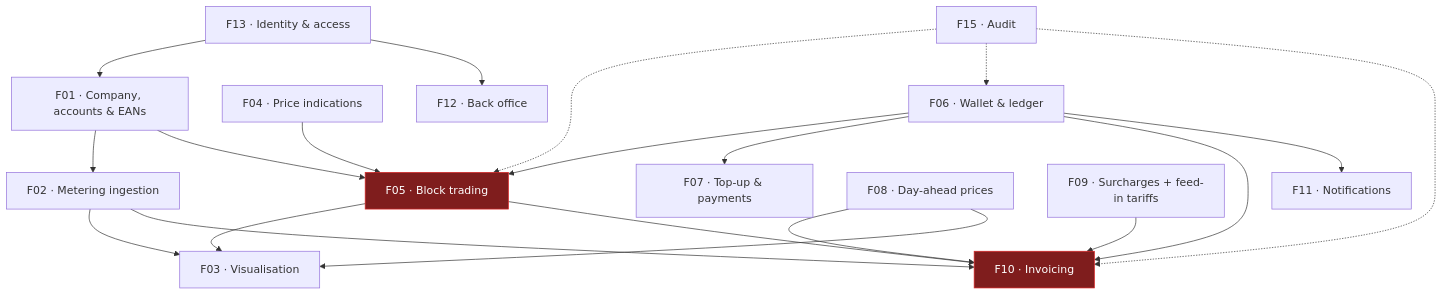
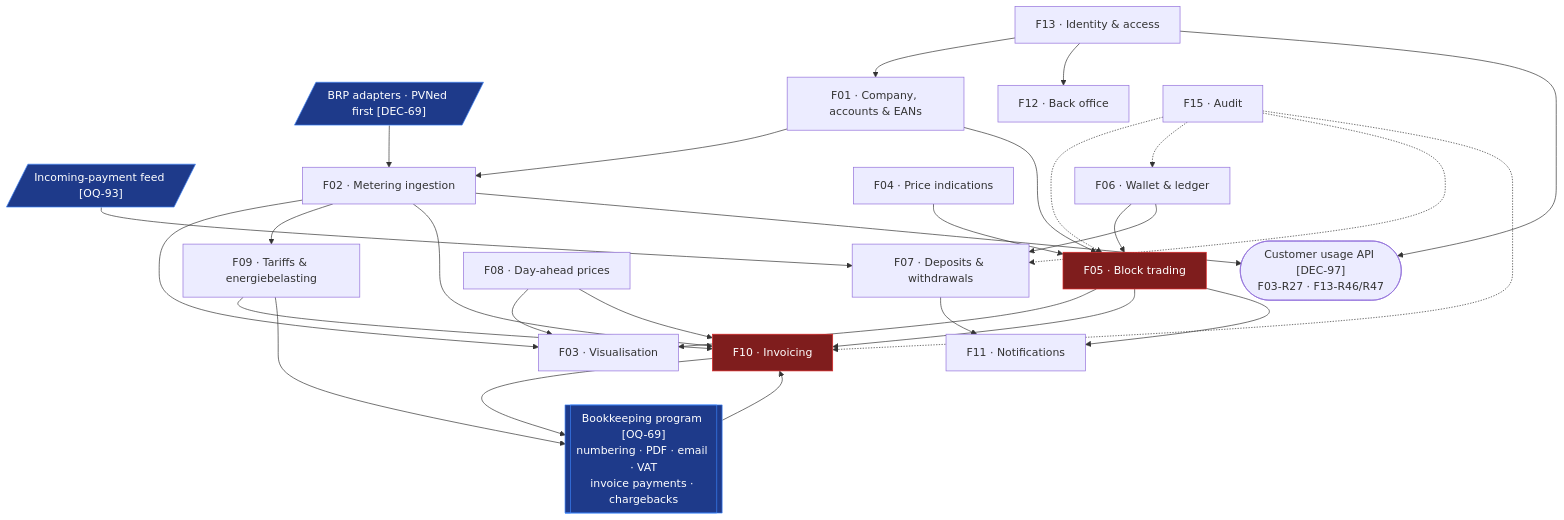
The diagram in specs/10-features/README.md (lukastosic-ifd/peakpowerspecs), drawn with Mermaid before and after one commit. The commit also changed other lines of this file and 66 other files, not shown here.

````diff
--- a/specs/10-features/README.md
+++ b/specs/10-features/README.md
@@ -50,40 +90,55 @@
 ```mermaid
 flowchart TB
+    BRP[/"BRP adapters · PVNed first [DEC-69]"/]
+    PAY[/"Incoming-payment feed [OQ-93]"/]
     F13["F13 · Identity & access"]
     F01["F01 · Company, accounts & EANs"]
     F02["F02 · Metering ingestion"]
     F03["F03 · Visualisation"]
+    API(["Customer usage API [DEC-97]<br/>F03-R27 · F13-R46/R47"])
     F04["F04 · Price indications"]
     F05["F05 · Block trading"]
     F06["F06 · Wallet & ledger"]
-    F07["F07 · Top-up & payments"]
+    F07["F07 · Deposits & withdrawals"]
     F08["F08 · Day-ahead prices"]
-    F09["F09 · Surcharges + feed-in tariffs"]
+    F09["F09 · Tariffs & energiebelasting"]
     F10["F10 · Invoicing"]
     F11["F11 · Notifications"]
     F12["F12 · Back office"]
     F15["F15 · Audit"]
+    BK[["Bookkeeping program [OQ-69]<br/>numbering · PDF · email · VAT<br/>invoice payments · chargebacks"]]
 
     F13 --> F01
     F13 --> F12
+    F13 --> API
     F01 --> F02
     F01 --> F05
+    BRP --> F02
     F02 --> F03
+    F02 --> F09
     F02 --> F10
+    F02 --> API
     F04 --> F05
     F06 --> F05
     F06 --> F07
-    F06 --> F10
-    F06 --> F11
+    PAY --> F07
+    F07 --> F11
     F05 --> F03
     F05 --> F10
+    F05 --> F11
+    F08 --> F03
     F08 --> F10
-    F08 --> F03
     F09 --> F10
+    F09 --> BK
+    F10 --> BK
+    BK --> F10
     F15 -.-> F05
     F15 -.-> F06
+    F15 -.-> F07
     F15 -.-> F10
 
     classDef crit fill:#7f1d1d,stroke:#dc2626,color:#fff
+    classDef ext fill:#1e3a8a,stroke:#3b82f6,color:#fff
     class F05,F10 crit
+    class BK,BRP,PAY ext
 ```
````
